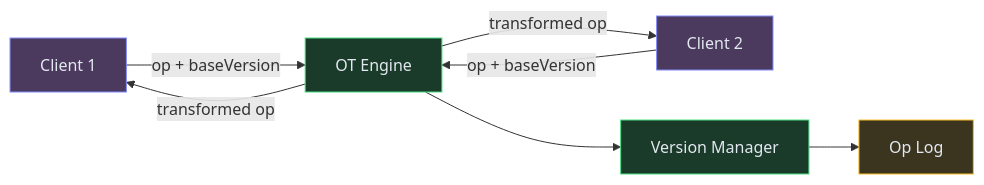
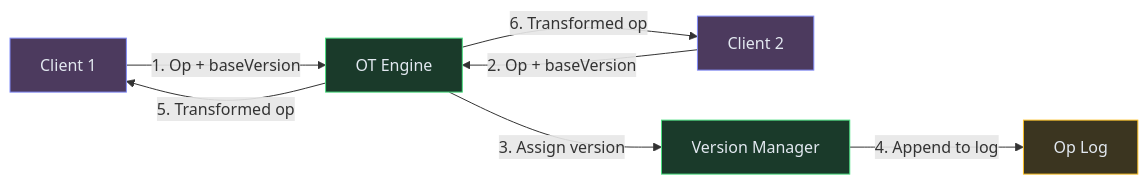
The eighth of 11 diagrams in content/hld/GoogleDocs.md (iluzn/HLD-Designs), drawn with Mermaid before and after one commit. The commit also changed other lines of this file and 27 other files, not shown here.

````diff
--- a/content/hld/GoogleDocs.md
+++ b/content/hld/GoogleDocs.md
@@ -471,19 +471,19 @@
 ```mermaid
 flowchart LR
     C1["Client 1"]:::client
     C2["Client 2"]:::client
     OT["OT Engine"]:::service
     VER["Version Manager"]:::service
     OL["Op Log"]:::data
 
-    C1 -->|"op + baseVersion"| OT
-    C2 -->|"op + baseVersion"| OT
-    OT --> VER
-    VER --> OL
-    OT -->|"transformed op"| C1
-    OT -->|"transformed op"| C2
+    C1 -->|"1. Op + baseVersion"| OT
+    C2 -->|"2. Op + baseVersion"| OT
+    OT -->|"3. Assign version"| VER
+    VER -->|"4. Append to log"| OL
+    OT -->|"5. Transformed op"| C1
+    OT -->|"6. Transformed op"| C2
 
     classDef client fill:#4c3a5e,stroke:#818cf8,color:#e2e8f0
     classDef service fill:#1a3a2a,stroke:#4ade80,color:#e2e8f0
     classDef data fill:#3b3520,stroke:#fbbf24,color:#e2e8f0
 ```
````
